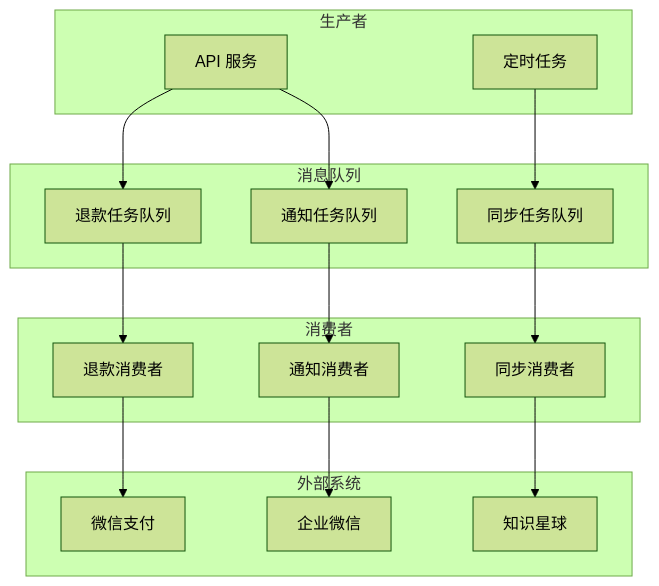
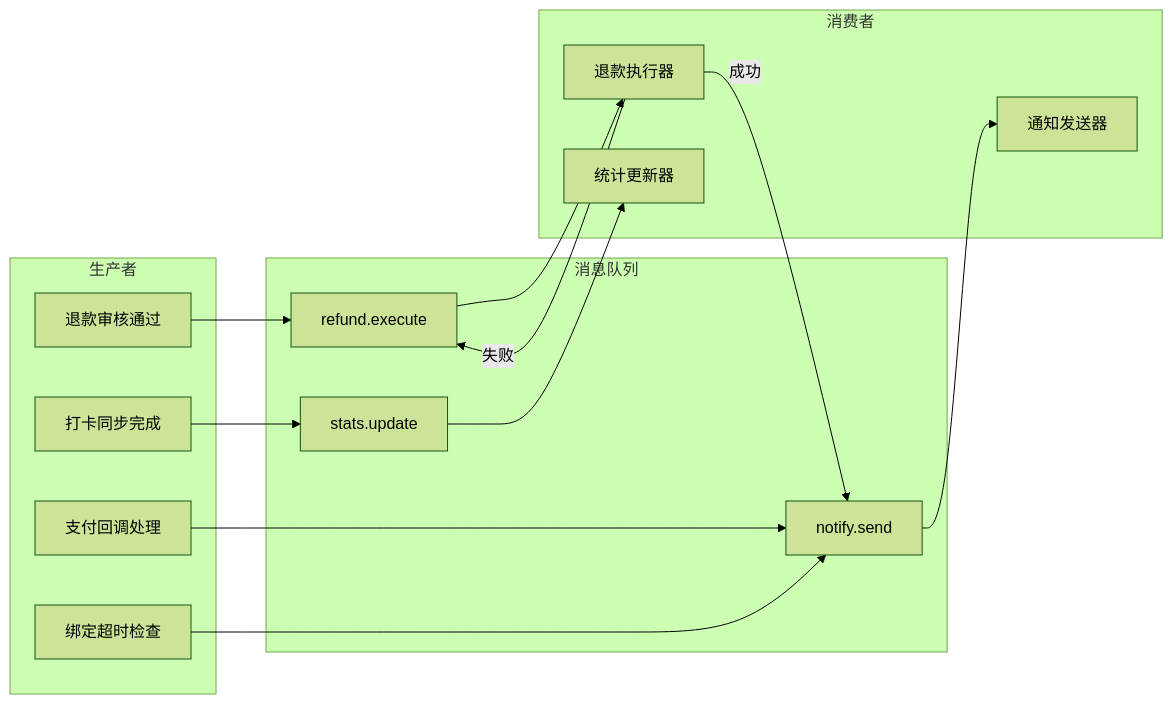
One commit to yiancode/AutoDepositRefundAgent changed the ninth of 11 diagrams in docs/v1/diagrams/架构设计图.md. Above: the diagram before and after it, drawn with Mermaid (forest theme). The commit also changed other lines of this file and 5 other files, not shown here.

First line of the commit message:
docs(design): 同步 diagrams 与技术方案，移除智能匹配逻辑

````diff
--- a/docs/v1/diagrams/架构设计图.md
+++ b/docs/v1/diagrams/架构设计图.md
@@ -583,33 +559,33 @@
 ```mermaid
-flowchart TB
+flowchart LR
     subgraph 生产者
-        P1[API 服务]
-        P2[定时任务]
+        P1[支付回调处理]
+        P2[退款审核通过]
+        P3[绑定超时检查]
+        P4[打卡同步完成]
     end
 
     subgraph 消息队列
-        Q1[退款任务队列]
-        Q2[通知任务队列]
-        Q3[同步任务队列]
+        Q1[refund.execute]
+        Q3[notify.send]
+        Q4[stats.update]
     end
 
     subgraph 消费者
-        C1[退款消费者]
-        C2[通知消费者]
-        C3[同步消费者]
+        C1[退款执行器]
+        C3[通知发送器]
+        C4[统计更新器]
     end
 
-    subgraph 外部系统
-        E1[微信支付]
-        E2[企业微信]
-        E3[知识星球]
-    end
+    P1 --> Q3
+    P2 --> Q1
+    P3 --> Q3
+    P4 --> Q4
 
-    P1 --> Q1
-    P1 --> Q2
-    P2 --> Q3
+    Q1 --> C1
+    Q3 --> C3
+    Q4 --> C4
 
-    Q1 --> C1 --> E1
-    Q2 --> C2 --> E2
-    Q3 --> C3 --> E3
+    C1 -->|成功| Q3
+    C1 -->|失败| Q1
 ```
````
